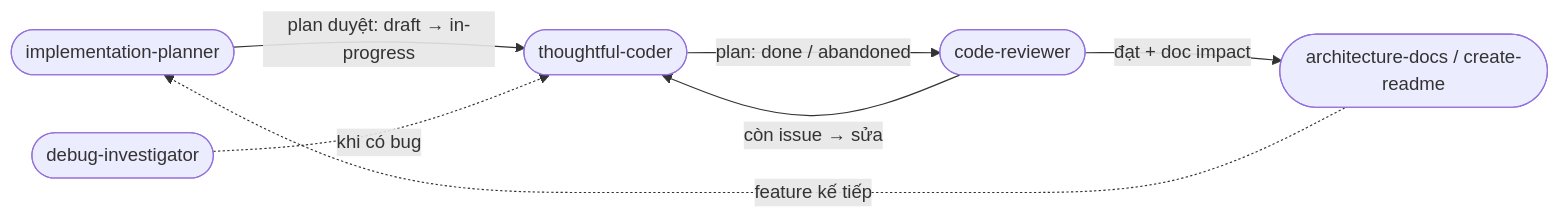
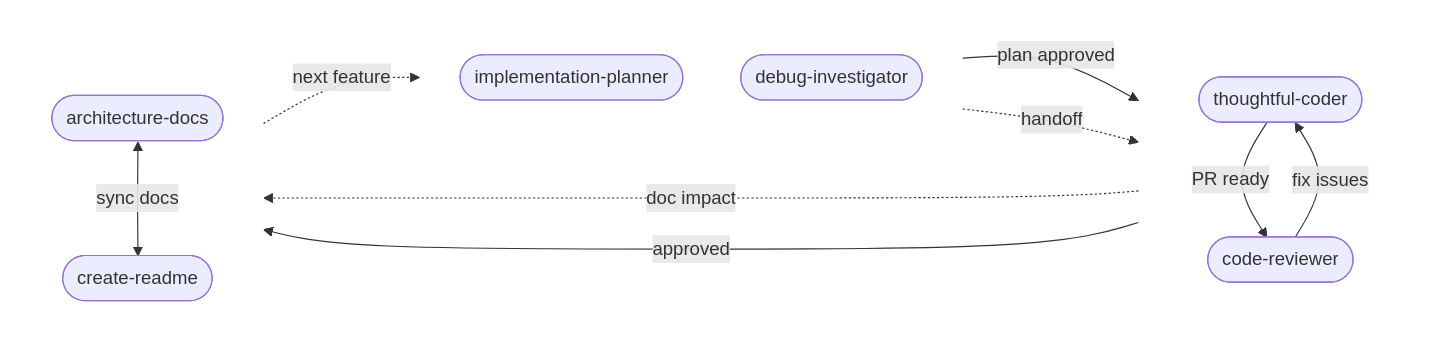
The diagram in README.md (Flowerf19/agents-skills), drawn with Mermaid before and after one commit.

Commit message:
docs: enhance workflow diagram for clarity and structure

````diff
--- a/README.md
+++ b/README.md
@@ -75,9 +75,33 @@
 ```mermaid
 flowchart LR
-    IP([implementation-planner]) -->|plan duyệt: draft → in-progress| TC([thoughtful-coder])
-    TC -->|plan: done / abandoned| CR([code-reviewer])
-    CR -->|còn issue → sửa| TC
-    CR -->|đạt + doc impact| DOCS([architecture-docs / create-readme])
-    DOCS -.->|feature kế tiếp| IP
-    DI([debug-investigator]) -.->|khi có bug| TC
+    subgraph col1[" "]
+        direction TB
+        IP([implementation-planner])
+        DI([debug-investigator])
+    end
+
+    subgraph col2[" "]
+        direction TB
+        TC([thoughtful-coder])
+        CR([code-reviewer])
+    end
+
+    subgraph col3[" "]
+        direction TB
+        RM([create-readme])
+        AD([architecture-docs])
+    end
+
+    IP -->|plan approved| TC
+    DI -.->|handoff| TC
+    TC -->|PR ready| CR
+    CR -->|fix issues| TC
+    TC -.->|doc impact| RM
+    CR -->|approved| AD
+    AD <-->|sync docs| RM
+    AD -.->|next feature| IP
+
+    style col1 fill:none,stroke:none
+    style col2 fill:none,stroke:none
+    style col3 fill:none,stroke:none
 ```
````
